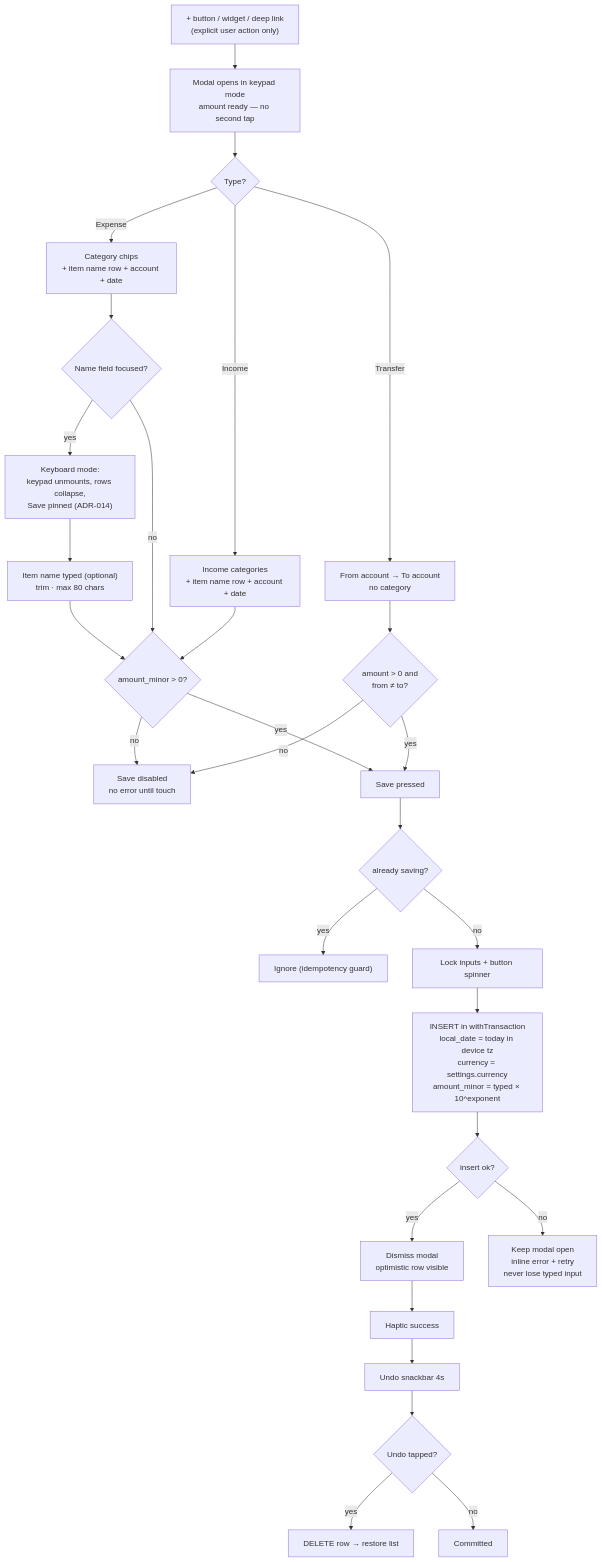
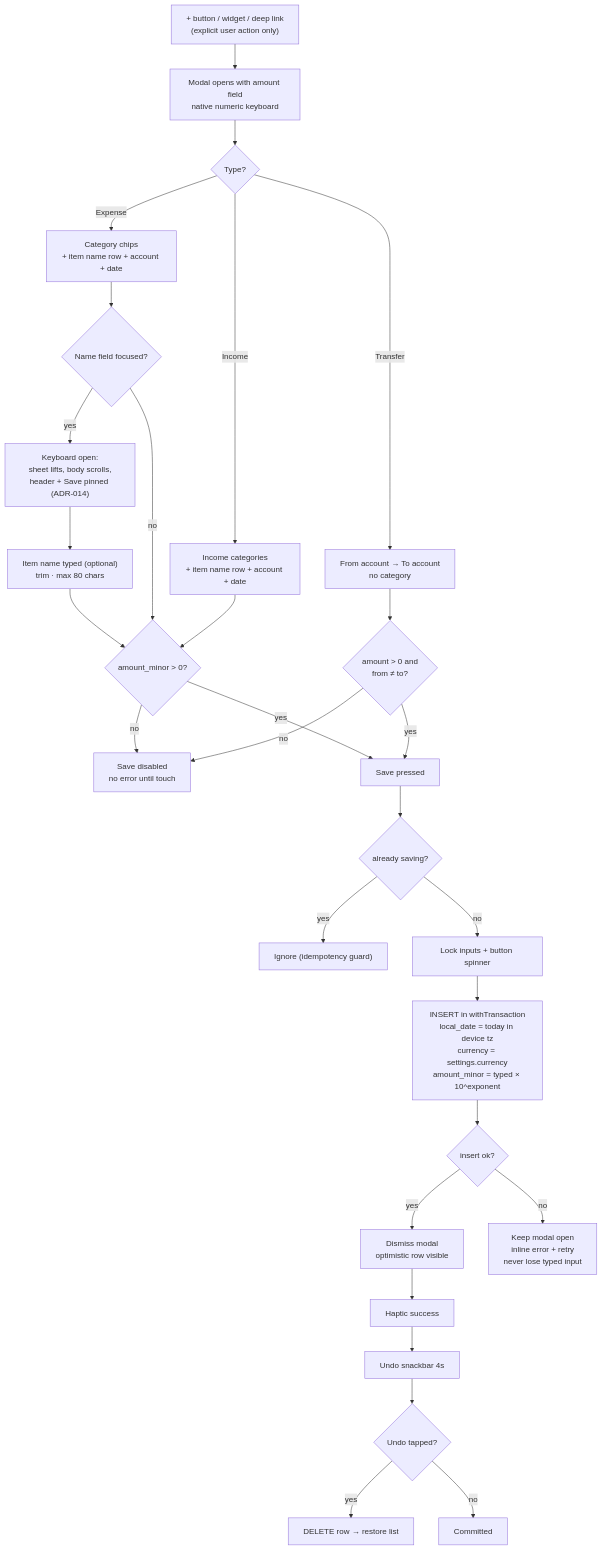
The third of 11 diagrams in blueprints/09-flows.md (thisistayyab/expense-tracker), drawn with Mermaid before and after one commit. The commit also changed other lines of this file and 38 other files, not shown here.

First line of the commit message:
feat: land P2 capture flow and onboarding

````diff
--- a/blueprints/09-flows.md
+++ b/blueprints/09-flows.md
@@ -89,31 +89,31 @@
 ```mermaid
 flowchart TD
-  A["+ button / widget / deep link<br/>(explicit user action only)"] --> B["Modal opens in keypad mode<br/>amount ready — no second tap"]
+  A["+ button / widget / deep link<br/>(explicit user action only)"] -->  B["Modal opens with amount field<br/>native numeric keyboard"]
   B --> T{"Type?"}
   T -- "Expense" --> C1["Category chips<br/>+ item name row + account + date"]
   T -- "Income" --> C2["Income categories<br/>+ item name row + account + date"]
   T -- "Transfer" --> C3["From account → To account<br/>no category" ]
   C1 --> F{"Name field focused?"}
-  F -- "yes" --> K["Keyboard mode:<br/>keypad unmounts, rows collapse,<br/>Save pinned (ADR-014)"]
+  F -- "yes" -->  K["Keyboard open:<br/>sheet lifts, body scrolls,<br/>header + Save pinned (ADR-014)"]
   K --> NM["Item name typed (optional)<br/>trim · max 80 chars"]
   NM --> V
   F -- "no" --> V{"amount_minor > 0?"}
   C2 --> V
   C3 --> V3{"amount > 0 and<br/>from ≠ to?"}
   V -- "no" --> R["Save disabled<br/>no error until touch"]
   V -- "yes" --> S["Save pressed"]
   V3 -- "no" --> R
   V3 -- "yes" --> S
   S --> G{"already saving?"}
   G -- "yes" --> N["Ignore (idempotency guard)"]
   G -- "no" --> L["Lock inputs + button spinner"]
   L --> W["INSERT in withTransaction<br/>local_date = today in device tz<br/>currency = settings.currency<br/>amount_minor = typed × 10^exponent"]
   W --> OK{"insert ok?"}
   OK -- "yes" --> U["Dismiss modal<br/>optimistic row visible"]
   U --> H["Haptic success"]
   H --> Z["Undo snackbar 4s"]
   Z --> UD{"Undo tapped?"}
   UD -- "yes" --> D["DELETE row → restore list"]
   UD -- "no" --> DONE["Committed"]
   OK -- "no" --> ER["Keep modal open<br/>inline error + retry<br/>never lose typed input"]
 ```
````
